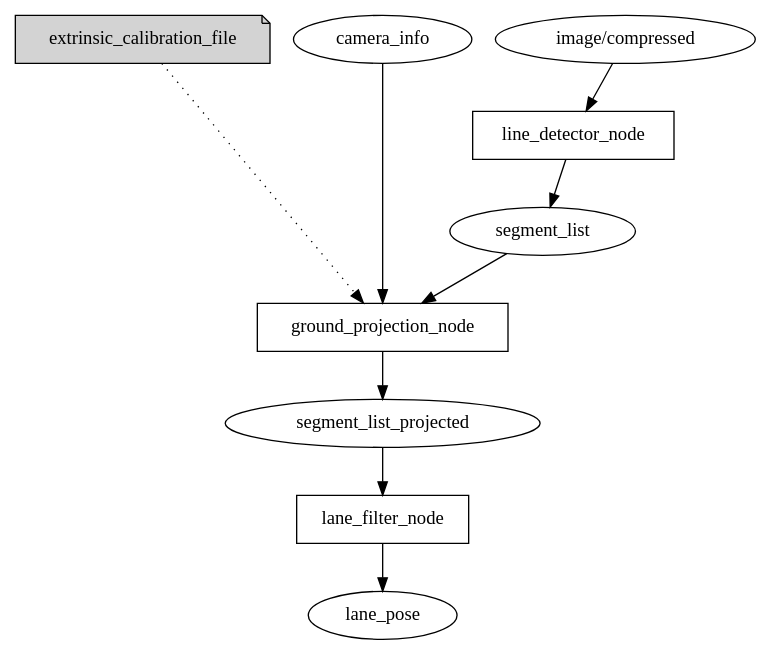
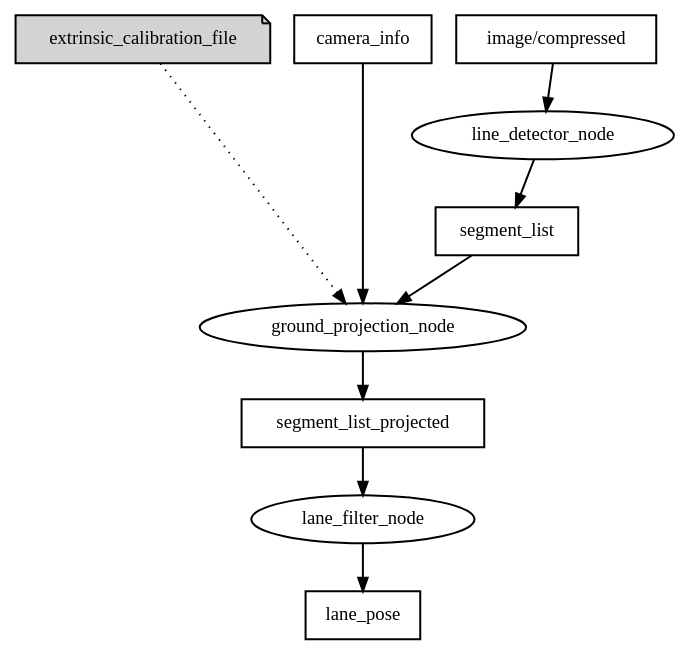
Before and after one commit to shihyuan/duckietown_ros_slides: the diagram in dot/lane_filter.dot, drawn with Graphviz. The commit also changed 15 other files, not shown here.

```diff
--- a/dot/lane_filter.dot
+++ b/dot/lane_filter.dot
@@ -1,37 +1,40 @@
 digraph D {	
+	edge [penwidth=1.5]
+	node [penwidth=1.5]
+	
 	// Camera
-	node [shape=box,style=filled];
+	node [shape=ellipse,style=filled];
 	subgraph nodes{
 		node [fillcolor=white];
 		//camera_node;
 		//decoder_node;
 		//cam_info_reader_node;
 		line_detector_node;
 		ground_projection_node;
 		lane_filter_node;
 	}
 	node [shape=note,sytle=filled];
 	subgraph files{
 		extrinsic_calibration_file;
 	}
 
-	node [shape=ellipse,style=filled];
+	node [shape=box,style=filled];
 	subgraph topic{
 		node [fillcolor=white];
 		image_compressed[label="image/compressed"];
 		//image_raw[label="image/raw"];
 		camera_info;
 		segment_list;
 		segment_list_projected;
 		lane_pose;
 	}
 	image_compressed->line_detector_node;
 	line_detector_node->segment_list;
 	segment_list->ground_projection_node;
 	extrinsic_calibration_file->ground_projection_node[style="dotted"];
 	camera_info->ground_projection_node;
 	ground_projection_node->segment_list_projected;
 	segment_list_projected->lane_filter_node;
 	lane_filter_node->lane_pose;
 	{rank=same; extrinsic_calibration_file; image_compressed; camera_info}
 }
```
